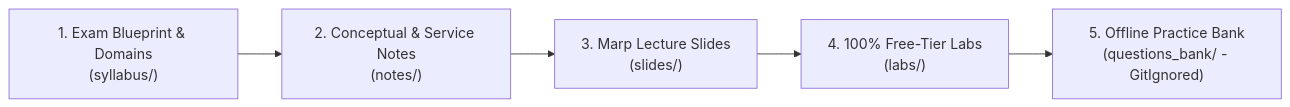
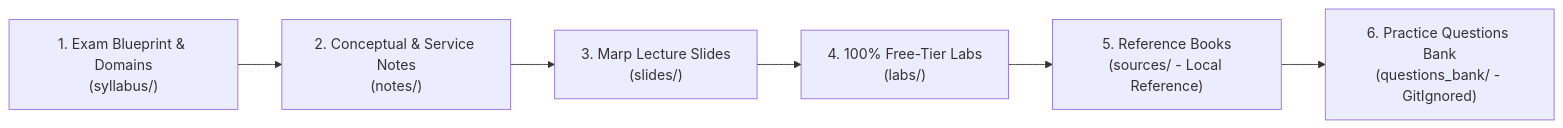
One commit to fakhruldeen/AWS changed the diagram in cloud/foundation/README.md. Above: the diagram before and after it, drawn with Mermaid. The commit also changed other lines of this file and 5 other files, not shown here.

Commit message:
docs: add reference books to README and gitignore sources/ directory

````diff
--- a/cloud/foundation/README.md
+++ b/cloud/foundation/README.md
@@ -14,7 +14,8 @@
 ```mermaid
 flowchart LR
     Syllabus["1. Exam Blueprint & Domains\n(syllabus/)"] --> Notes["2. Conceptual & Service Notes\n(notes/)"]
     Notes --> Slides["3. Marp Lecture Slides\n(slides/)"]
     Slides --> Labs["4. 100% Free-Tier Labs\n(labs/)"]
-    Labs --> Questions["5. Offline Practice Bank\n(questions_bank/ - GitIgnored)"]
+    Labs --> Refs["5. Reference Books\n(sources/ - Local Reference)"]
+    Refs --> Questions["6. Practice Questions Bank\n(questions_bank/ - GitIgnored)"]
 ```
````
